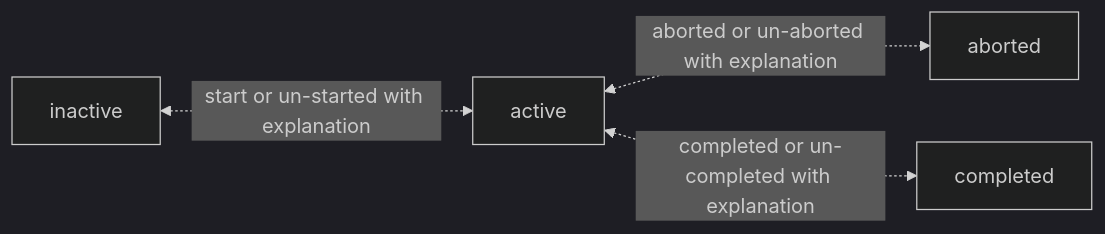
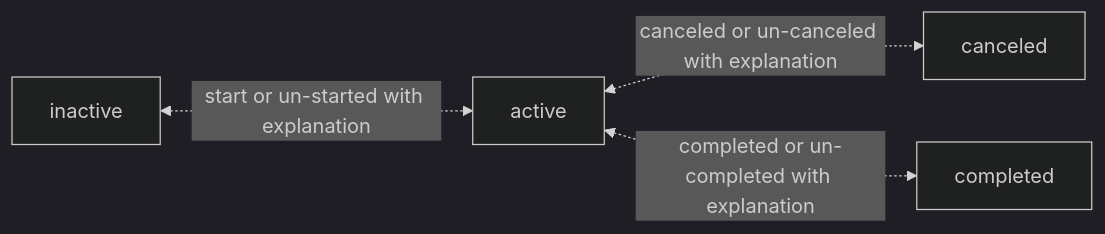
The third of 10 diagrams in README.md (tlangan1/Life-Helper-Backend), drawn with Mermaid (dark theme) before and after one commit. The commit also changed other lines of this file and 15 other files, not shown here.

````diff
--- a/README.md
+++ b/README.md
@@ -81,6 +81,6 @@
 ```mermaid
   flowchart LR
       inactive<-. "start or un-started with explanation" .->active
-      active<-. "aborted or un-aborted with explanation" .->aborted
+      active<-. "canceled or un-canceled with explanation" .->canceled
       active<-. "completed or un-completed with explanation" .->completed
 ```
````
